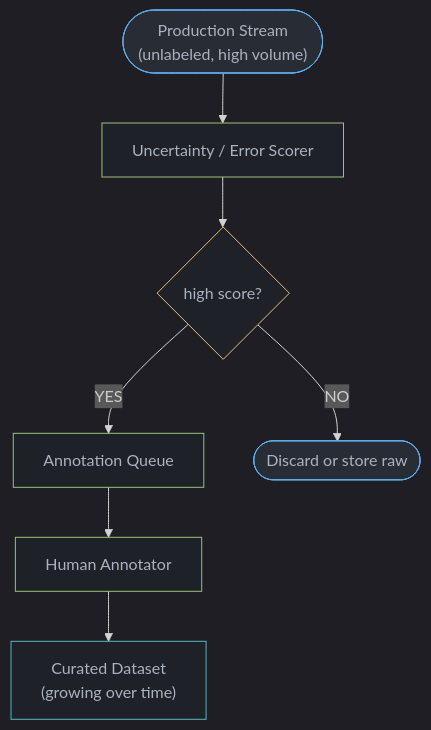
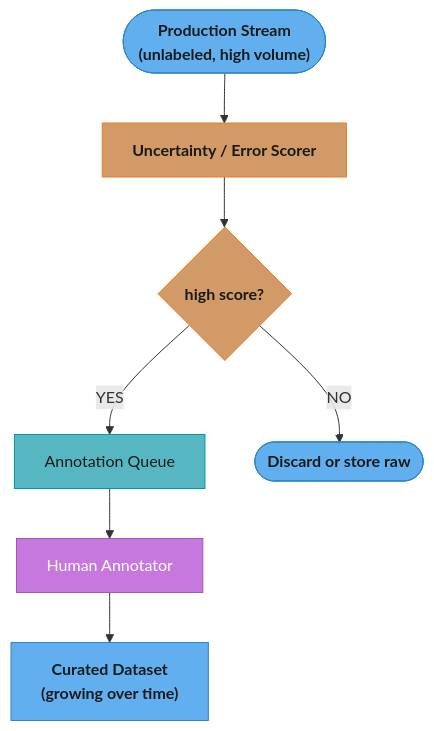
One commit to rppol/system-design changed the second of 4 diagrams in src/main/java/com/rutik/systemdesign/llm/data_flywheels_and_continuous_learning/README.md. Above: the diagram before and after it, drawn with Mermaid. The commit also changed other lines of this file and 88 other files, not shown here.

````diff
--- a/src/main/java/com/rutik/systemdesign/llm/data_flywheels_and_continuous_learning/README.md
+++ b/src/main/java/com/rutik/systemdesign/llm/data_flywheels_and_continuous_learning/README.md
@@ -145,21 +148,22 @@
 ```mermaid
-%%{init: {'flowchart': {'curve': 'basis'}, 'theme': 'dark'}}%%
 flowchart TD
+    classDef io      fill:#61afef,stroke:#2e86c1,color:#1a1a1a,font-weight:bold
+    classDef frozen  fill:#c678dd,stroke:#9b59b6,color:#fff
+    classDef train   fill:#98c379,stroke:#27ae60,color:#1a1a1a
+    classDef mathOp  fill:#d19a66,stroke:#e67e22,color:#1a1a1a,font-weight:bold
+    classDef lossN   fill:#e06c75,stroke:#c0392b,color:#fff,font-weight:bold
+    classDef req     fill:#56b6c2,stroke:#0097a7,color:#1a1a1a
+    classDef base    fill:#e5c07b,stroke:#f39c12,color:#1a1a1a
+
     Stream(["Production Stream\n(unlabeled, high volume)"]) --> Scorer
     Scorer["Uncertainty / Error Scorer"] --> Threshold{"high score?"}
     Threshold -- YES --> Queue["Annotation Queue"]
     Threshold -- NO --> Discard(["Discard or store raw"])
     Queue --> Human["Human Annotator"]
     Human --> Dataset["Curated Dataset\n(growing over time)"]
 
-    classDef io     fill:#282c34,stroke:#61afef,color:#abb2bf
-    classDef proc   fill:#1e2127,stroke:#98c379,color:#abb2bf
-    classDef store  fill:#1e2127,stroke:#56b6c2,color:#abb2bf
-    classDef decide fill:#1e2127,stroke:#e5c07b,color:#abb2bf
-
-    class Stream,Discard io
-    class Scorer proc
-    class Threshold decide
-    class Queue,Human proc
-    class Dataset store
+    class Stream,Discard,Dataset io
+    class Scorer,Threshold mathOp
+    class Queue req
+    class Human frozen
 ```
````
